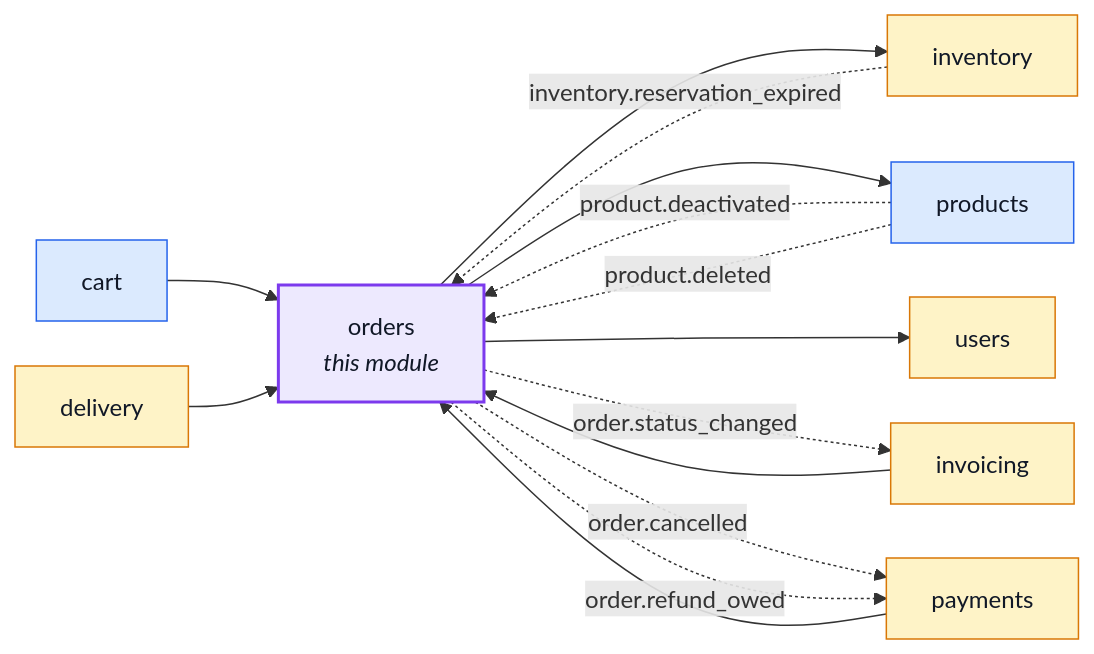
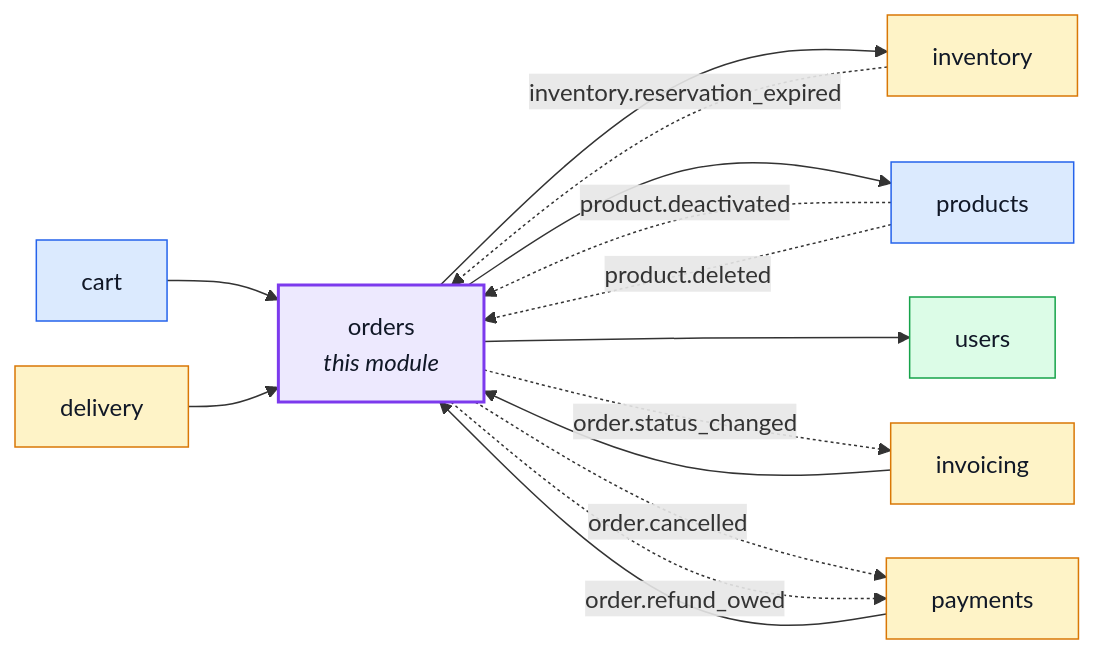
One commit to Guebbit/boilerplate-node-backend changed the first of 2 diagrams in docs/modules/orders.md. Above: the diagram before and after it, drawn with Mermaid. The commit also changed 13 other files, not shown here.

````diff
--- a/docs/modules/orders.md
+++ b/docs/modules/orders.md
@@ -16,34 +16,35 @@
 ```mermaid
 %%{init: {'flowchart': {'nodeSpacing': 30, 'rankSpacing': 60}}}%%
 flowchart LR
     orders["orders<br/><i>this module</i>"]
     cart["cart"]
     delivery["delivery"]
     inventory["inventory"]
     invoicing["invoicing"]
     payments["payments"]
     products["products"]
     users["users"]
 
     cart --> orders
     delivery --> orders
     invoicing --> orders
     payments --> orders
     orders --> inventory
     orders --> products
     orders --> users
     inventory -. "inventory.reservation_expired" .-> orders
     products -. "product.deactivated" .-> orders
     products -. "product.deleted" .-> orders
     orders -. "order.status_changed" .-> invoicing
     orders -. "order.cancelled" .-> payments
     orders -. "order.refund_owed" .-> payments
 
     classDef core fill:#dbeafe,stroke:#2563eb,color:#111827;
     classDef supporting fill:#fef3c7,stroke:#d97706,color:#111827;
     classDef generic fill:#dcfce7,stroke:#16a34a,color:#111827;
     classDef centre fill:#ede9fe,stroke:#7c3aed,stroke-width:2px,color:#111827;
     class cart,products core;
-    class delivery,inventory,invoicing,payments,users supporting;
+    class delivery,inventory,invoicing,payments supporting;
+    class users generic;
     class orders centre;
 ```
````
